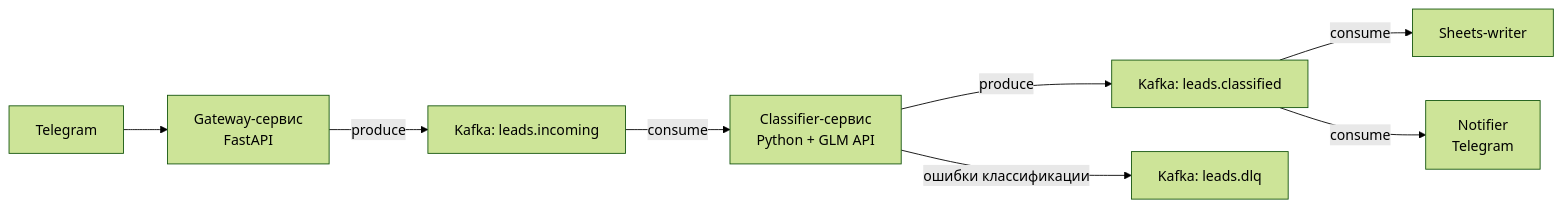
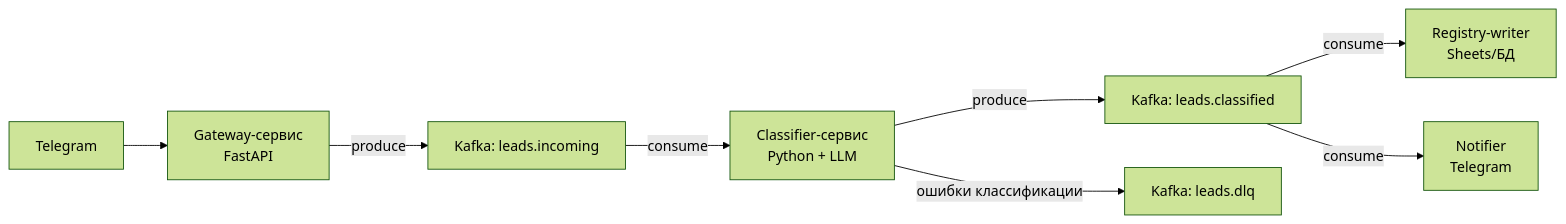
Before and after one commit to agenticflow64/lead-orchestrator: the second of 2 diagrams in docs/architecture.md, drawn with Mermaid (forest theme). The commit also changed other lines of this file and 8 other files, not shown here.

Commit message:
docs: real demo metrics, architecture and demo script updates

````diff
--- a/docs/architecture.md
+++ b/docs/architecture.md
@@ -32,10 +55,10 @@
 ```mermaid
 flowchart LR
     A[Telegram] --> B[Gateway-сервис<br/>FastAPI]
     B -->|produce| Q1[Kafka: leads.incoming]
-    Q1 -->|consume| C[Classifier-сервис<br/>Python + GLM API]
+    Q1 -->|consume| C[Classifier-сервис<br/>Python + LLM]
     C -->|produce| Q2[Kafka: leads.classified]
-    Q2 -->|consume| D[Sheets-writer]
+    Q2 -->|consume| D[Registry-writer<br/>Sheets/БД]
     Q2 -->|consume| E[Notifier<br/>Telegram]
     C -->|ошибки классификации| DLQ[Kafka: leads.dlq]
 ```
````
